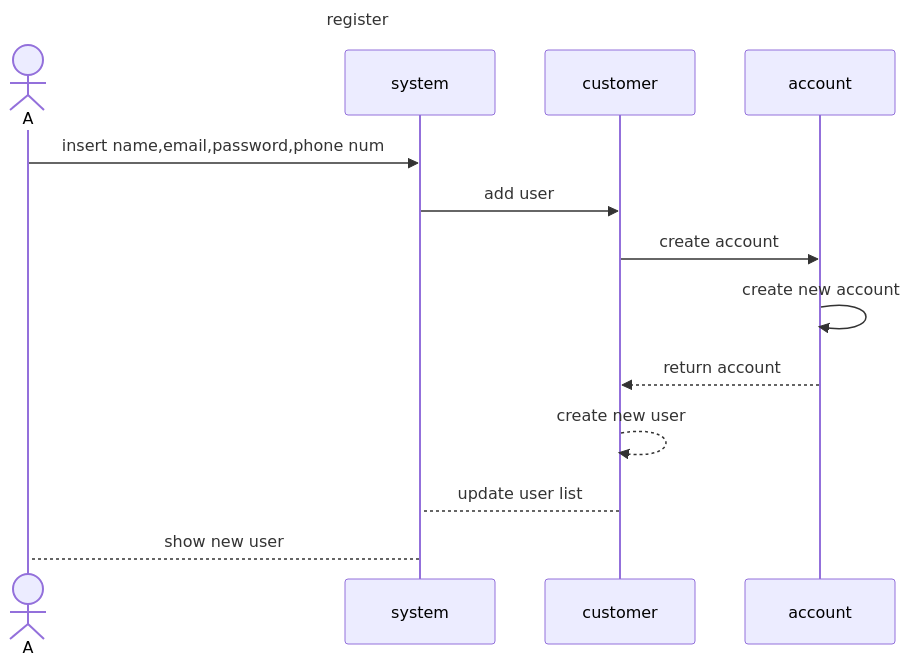
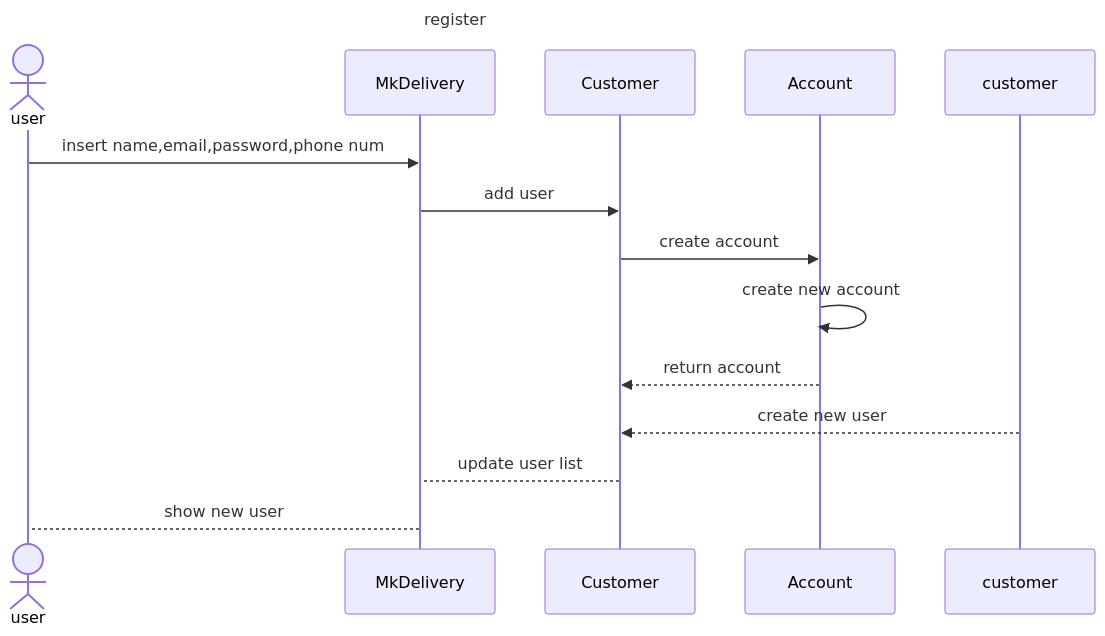
Before and after one commit to MxMhx/OOP_Project_MK_website: the diagram in sequence_diag/auth/register.mmd, drawn with Mermaid.

Commit message:
fix sq register

```diff
--- a/sequence_diag/auth/register.mmd
+++ b/sequence_diag/auth/register.mmd
@@ -1,15 +1,15 @@
 sequenceDiagram
     title register
-    actor A
-    participant system
-    participant customer
-    participant account
+    actor user
+    participant MkDelivery
+    participant Customer
+    participant Account
     
-    A ->> system:insert name,email,password,phone num
-    system ->> customer :add user
-    customer ->>  account :create account
-    account ->> account : create new account
-    account -->> customer :return account
-    customer -->> customer :create new user
-    customer --> system: update user list
-    system --> A :show new user
+    user ->> MkDelivery:insert name,email,password,phone num
+    MkDelivery ->> Customer :add user
+    Customer ->>  Account :create account
+    Account ->> Account : create new account
+    Account -->> Customer :return account
+    customer -->> Customer :create new user
+    Customer --> MkDelivery: update user list
+    MkDelivery --> user :show new user
```
